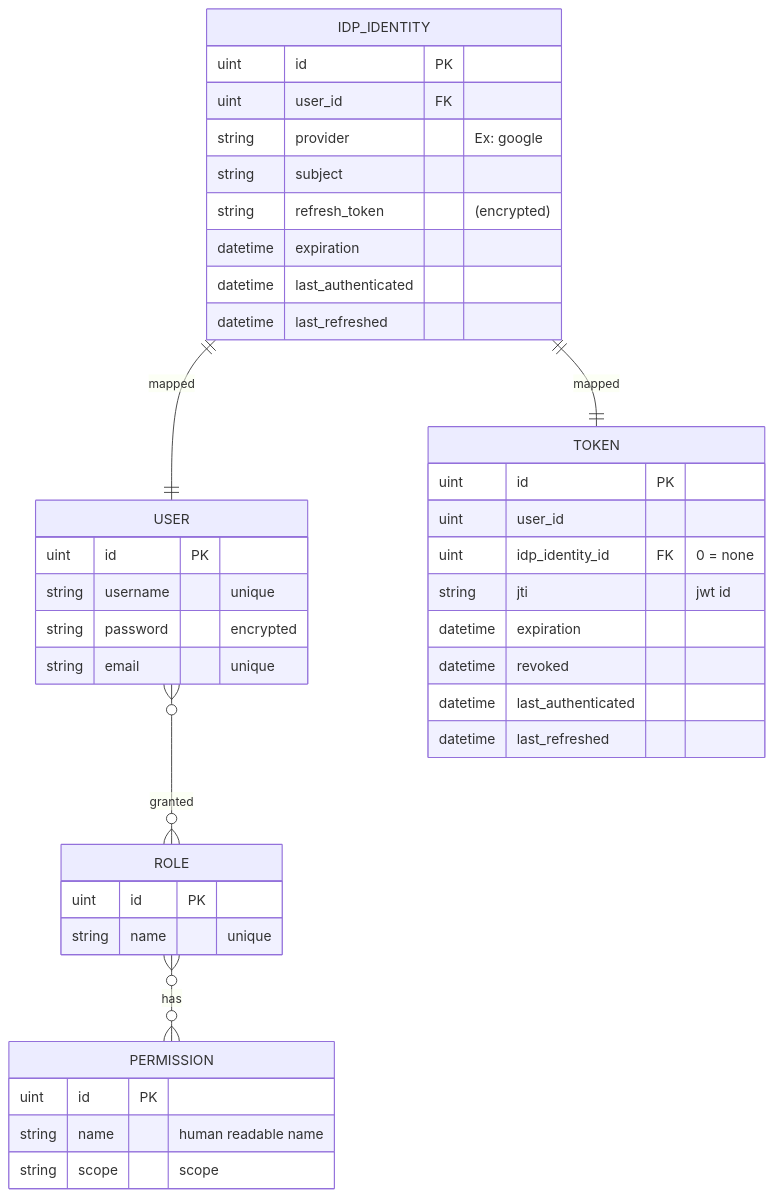
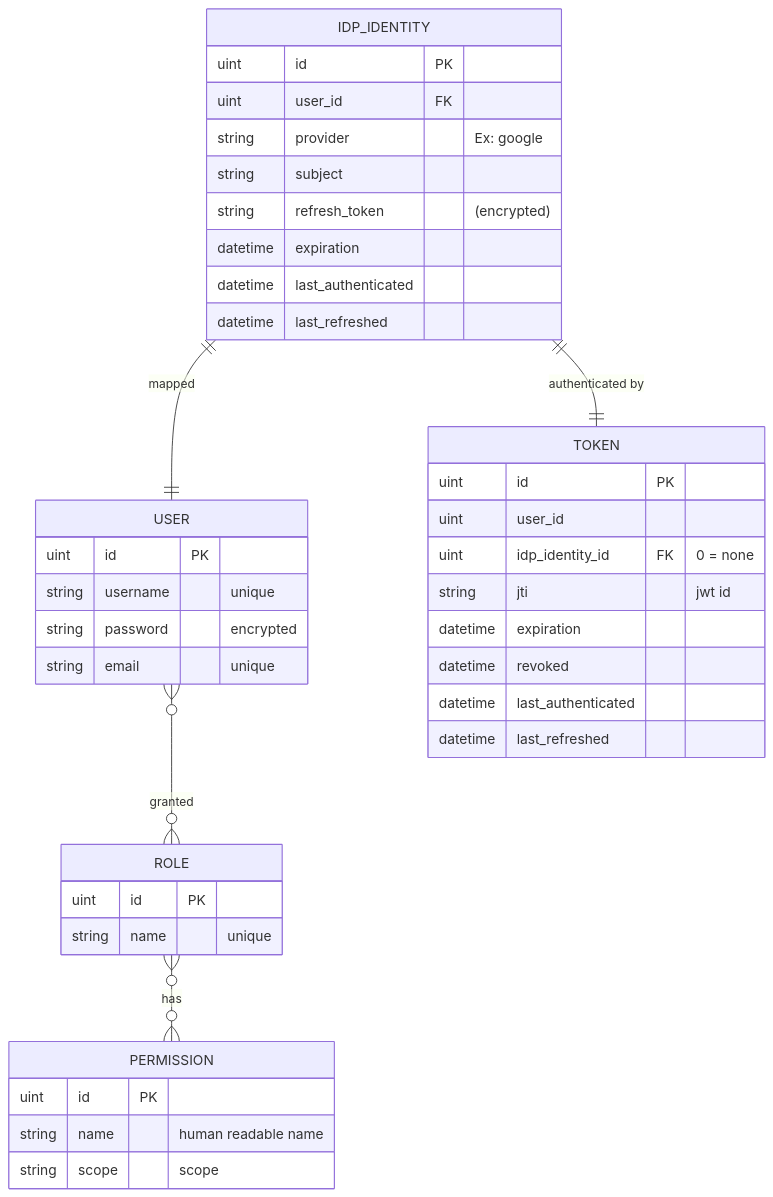
The first of 5 diagrams in enhancements/hub-oidc-provider/README.md (konveyor/enhancements), drawn with Mermaid before and after one commit.

Commit message:
checkpoint

````diff
--- a/enhancements/hub-oidc-provider/README.md
+++ b/enhancements/hub-oidc-provider/README.md
@@ -77,47 +77,47 @@
 ```mermaid
 erDiagram
     USER }o--o{ ROLE : "granted"
     ROLE }o--o{ PERMISSION : "has"
     IDP_IDENTITY ||--|| USER : "mapped"
-    IDP_IDENTITY ||--|| TOKEN : "mapped"
+    IDP_IDENTITY ||--|| TOKEN : "authenticated by"
 
     USER {
         uint id PK
         string username "unique"
         string password "encrypted"
         string email "unique"
     }
 
     ROLE {
         uint id PK
         string name "unique"
     }
 
     PERMISSION {
         uint id PK
         string name "human readable name"
         string scope "scope"
     }
     
     IDP_IDENTITY {
         uint id PK
         uint user_id FK
         string provider "Ex: google"
         string subject
         string refresh_token "(encrypted)"
         datetime expiration
         datetime last_authenticated
         datetime last_refreshed
     }
     
     TOKEN {
         uint id PK
         uint user_id
         uint idp_identity_id FK "0 = none" 
         string jti "jwt id"
         datetime expiration
         datetime revoked
         datetime last_authenticated
         datetime last_refreshed
     }
 ```
````
